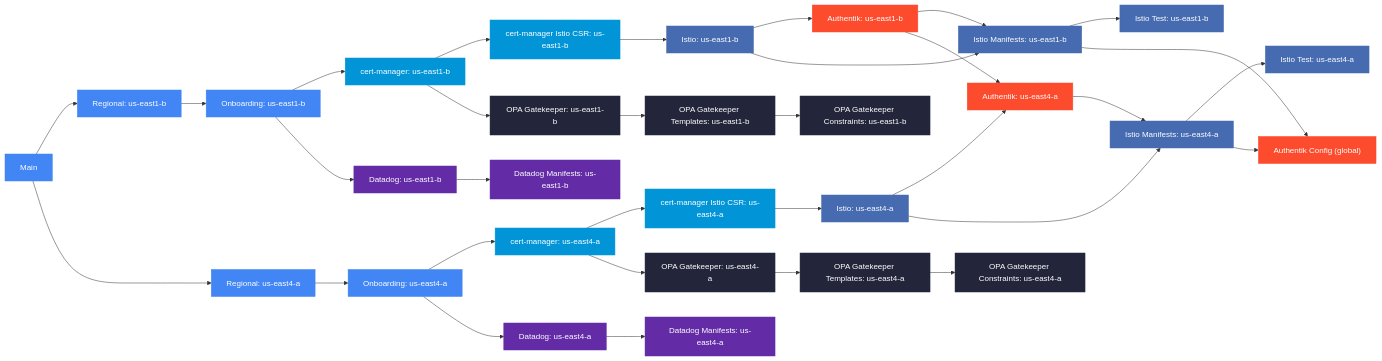
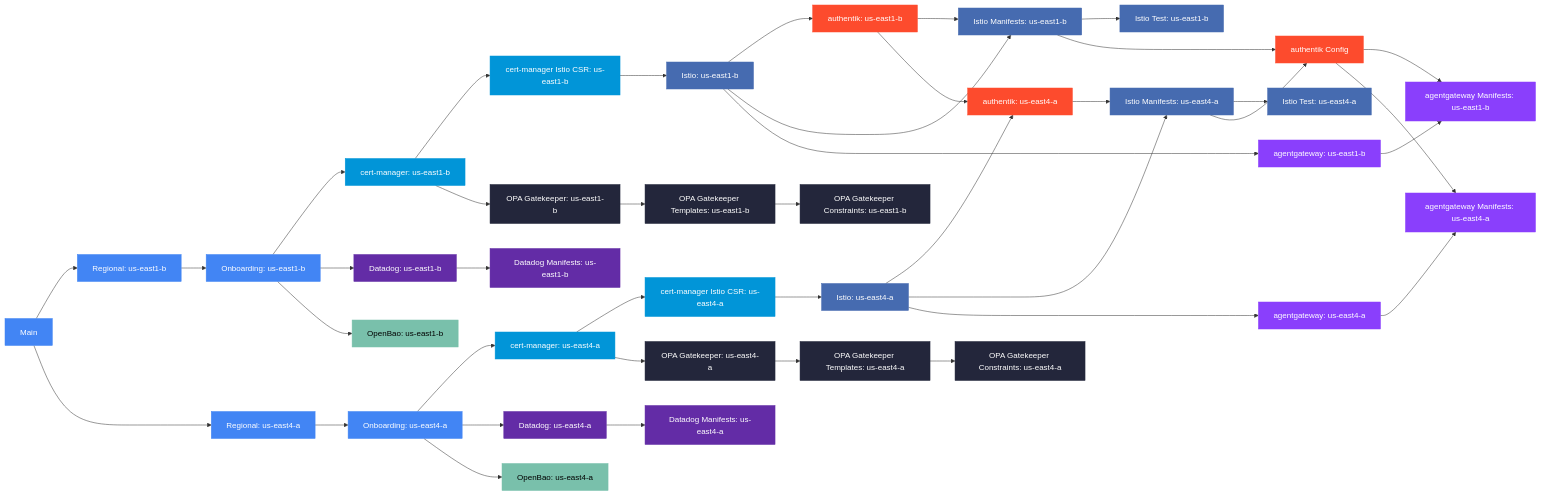
Before and after one commit to osinfra-io/pt-pneuma: the diagram in README.md, drawn with Mermaid. The commit also changed other lines of this file and 16 other files, not shown here.

Commit message:
Run OpenBao in pt-pneuma and limit active zones to cut costs (#224)

````diff
--- a/README.md
+++ b/README.md
@@ -42,45 +44,55 @@
 ```mermaid
 flowchart LR
     classDef gke fill:#4285F4,stroke:#4285F4,color:#fff
     classDef certmanager fill:#0195D8,stroke:#0195D8,color:#fff
     classDef istio fill:#466BB0,stroke:#466BB0,color:#fff
     classDef datadog fill:#632CA6,stroke:#632CA6,color:#fff
     classDef opa fill:#23263B,stroke:#23263B,color:#fff
     classDef authentik fill:#FD4B2D,stroke:#FD4B2D,color:#fff
+    classDef agentgateway fill:#8A3FFC,stroke:#8A3FFC,color:#fff
+    classDef openbao fill:#79C0AB,stroke:#79C0AB,color:#000
 
     main["Main"]:::gke
 
     main --> z1_regional["Regional: us-east1-b"]:::gke
     z1_regional --> z1_onboarding["Onboarding: us-east1-b"]:::gke
     z1_onboarding --> z1_cert_manager["cert-manager: us-east1-b"]:::certmanager
     z1_onboarding --> z1_datadog["Datadog: us-east1-b"]:::datadog
+    z1_onboarding --> z1_openbao["OpenBao: us-east1-b"]:::openbao
     z1_cert_manager --> z1_cert_manager_istio_csr["cert-manager Istio CSR: us-east1-b"]:::certmanager
     z1_cert_manager --> z1_opa_gatekeeper["OPA Gatekeeper: us-east1-b"]:::opa
     z1_cert_manager_istio_csr --> z1_istio["Istio: us-east1-b"]:::istio
-    z1_istio --> z1_authentik["Authentik: us-east1-b"]:::authentik
+    z1_istio --> z1_authentik["authentik: us-east1-b"]:::authentik
     z1_istio --> z1_istio_manifests["Istio Manifests: us-east1-b"]:::istio
     z1_authentik --> z1_istio_manifests
     z1_istio_manifests --> z1_istio_test["Istio Test: us-east1-b"]:::istio
+    z1_istio --> z1_agentgateway["agentgateway: us-east1-b"]:::agentgateway
+    z1_agentgateway --> z1_agentgateway_manifests["agentgateway Manifests: us-east1-b"]:::agentgateway
+    authentik_config --> z1_agentgateway_manifests
     z1_datadog --> z1_datadog_manifests["Datadog Manifests: us-east1-b"]:::datadog
     z1_opa_gatekeeper --> z1_opa_templates["OPA Gatekeeper Templates: us-east1-b"]:::opa
     z1_opa_templates --> z1_opa_constraints["OPA Gatekeeper Constraints: us-east1-b"]:::opa
 
     main --> z2_regional["Regional: us-east4-a"]:::gke
     z2_regional --> z2_onboarding["Onboarding: us-east4-a"]:::gke
     z2_onboarding --> z2_cert_manager["cert-manager: us-east4-a"]:::certmanager
     z2_onboarding --> z2_datadog["Datadog: us-east4-a"]:::datadog
+    z2_onboarding --> z2_openbao["OpenBao: us-east4-a"]:::openbao
     z2_cert_manager --> z2_cert_manager_istio_csr["cert-manager Istio CSR: us-east4-a"]:::certmanager
     z2_cert_manager --> z2_opa_gatekeeper["OPA Gatekeeper: us-east4-a"]:::opa
     z2_cert_manager_istio_csr --> z2_istio["Istio: us-east4-a"]:::istio
-    z1_authentik --> z2_authentik["Authentik: us-east4-a"]:::authentik
+    z1_authentik --> z2_authentik["authentik: us-east4-a"]:::authentik
     z2_istio --> z2_authentik
     z2_istio --> z2_istio_manifests["Istio Manifests: us-east4-a"]:::istio
     z2_authentik --> z2_istio_manifests
     z2_istio_manifests --> z2_istio_test["Istio Test: us-east4-a"]:::istio
+    z2_istio --> z2_agentgateway["agentgateway: us-east4-a"]:::agentgateway
+    z2_agentgateway --> z2_agentgateway_manifests["agentgateway Manifests: us-east4-a"]:::agentgateway
+    authentik_config --> z2_agentgateway_manifests
     z2_datadog --> z2_datadog_manifests["Datadog Manifests: us-east4-a"]:::datadog
     z2_opa_gatekeeper --> z2_opa_templates["OPA Gatekeeper Templates: us-east4-a"]:::opa
     z2_opa_templates --> z2_opa_constraints["OPA Gatekeeper Constraints: us-east4-a"]:::opa
 
-    z1_istio_manifests --> authentik_config["Authentik Config (global)"]:::authentik
+    z1_istio_manifests --> authentik_config["authentik Config"]:::authentik
     z2_istio_manifests --> authentik_config
 ```
````
